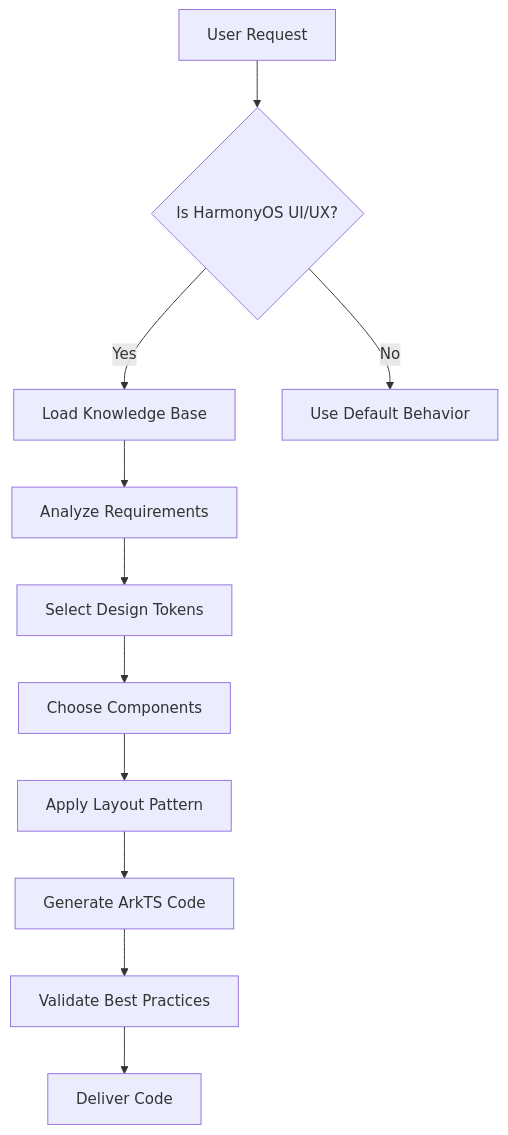
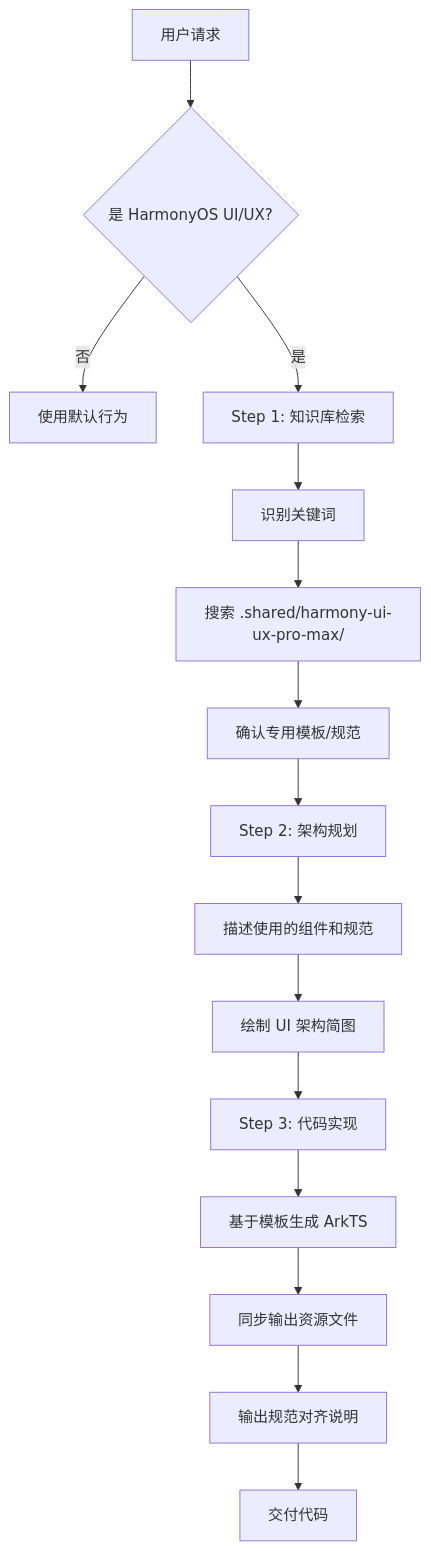
The diagram in .cursor/commands/harmony-ui-ux-pro-max.md (firstmeet/harmony-ui-ux-skills), drawn with Mermaid before and after one commit. The commit also changed other lines of this file and 2 other files, not shown here.

Commit message:
Add mandatory knowledge base rules and workflow for HarmonyOS UI/UX design

````diff
--- a/.cursor/commands/harmony-ui-ux-pro-max.md
+++ b/.cursor/commands/harmony-ui-ux-pro-max.md
@@ -117,13 +336,17 @@
 ```mermaid
 flowchart TD
-    A[User Request] --> B{Is HarmonyOS UI/UX?}
-    B -->|Yes| C[Load Knowledge Base]
-    B -->|No| Z[Use Default Behavior]
-    C --> D[Analyze Requirements]
-    D --> E[Select Design Tokens]
-    E --> F[Choose Components]
-    F --> G[Apply Layout Pattern]
-    G --> H[Generate ArkTS Code]
-    H --> I[Validate Best Practices]
-    I --> J[Deliver Code]
+    A[用户请求] --> B{是 HarmonyOS UI/UX?}
+    B -->|否| Z[使用默认行为]
+    B -->|是| C[Step 1: 知识库检索]
+    C --> C1[识别关键词]
+    C1 --> C2[搜索 .shared/harmony-ui-ux-pro-max/]
+    C2 --> C3[确认专用模板/规范]
+    C3 --> D[Step 2: 架构规划]
+    D --> D1[描述使用的组件和规范]
+    D1 --> D2[绘制 UI 架构简图]
+    D2 --> E[Step 3: 代码实现]
+    E --> E1[基于模板生成 ArkTS]
+    E1 --> E2[同步输出资源文件]
+    E2 --> E3[输出规范对齐说明]
+    E3 --> F[交付代码]
 ```
````
